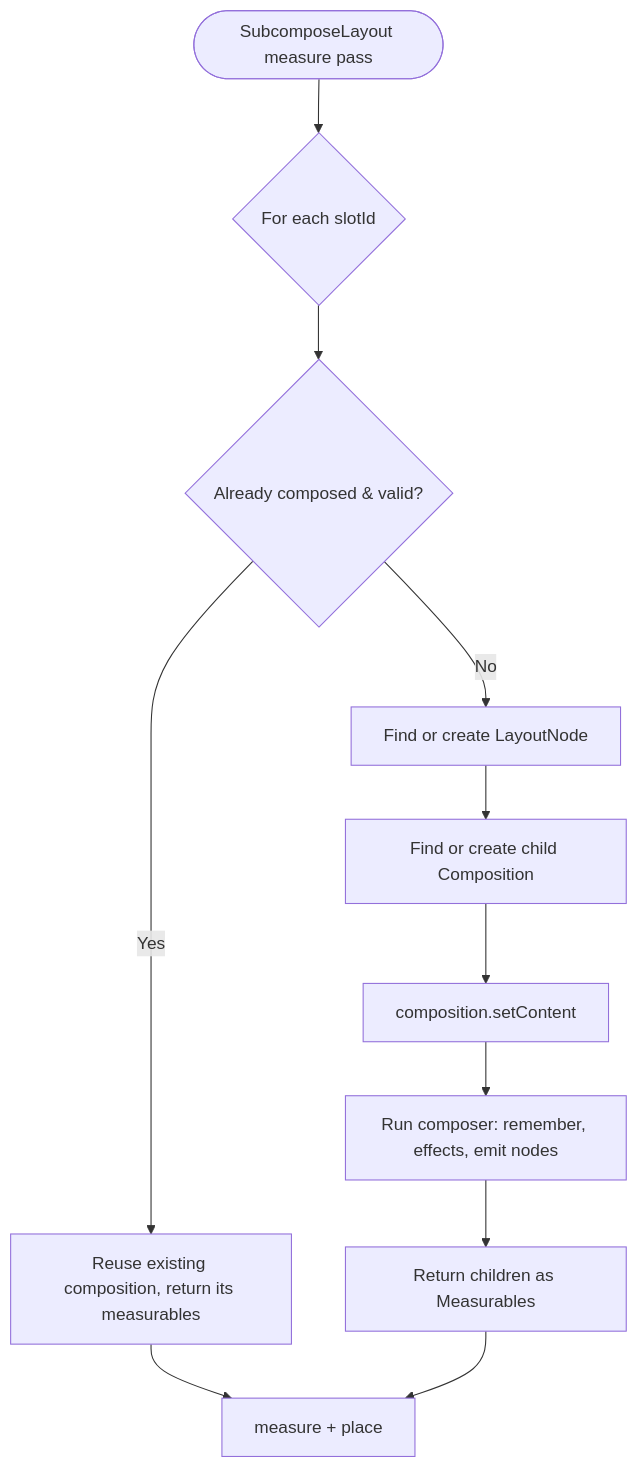
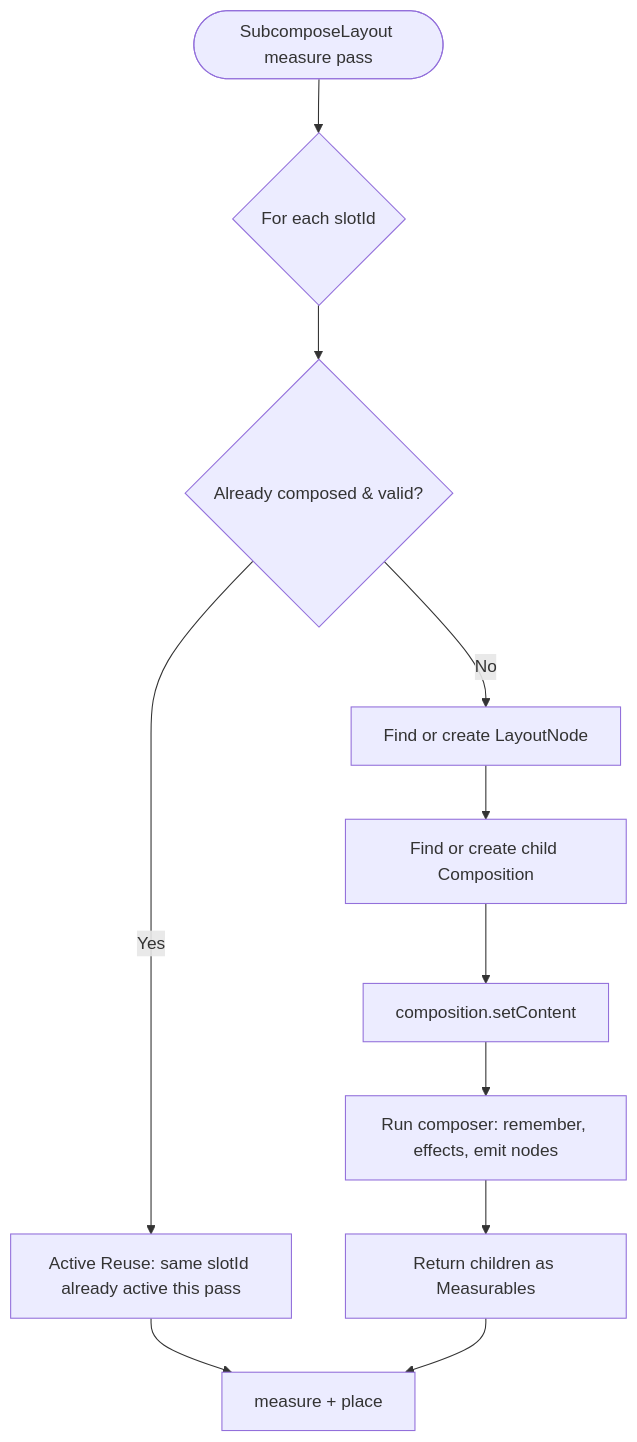
Before and after one commit to PatilShreyas/blog.shreyaspatil.dev: the second of 3 diagrams in src/data/blog/inside-subcomposelayout-jetpack-composes-most-misunderstood-api.md, drawn with Mermaid. The commit also changed other lines of this file, not shown here.

Commit message:
fix(blog): address PR review comments for SubcomposeLayout post (diagrams and title)

````diff
--- a/src/data/blog/inside-subcomposelayout-jetpack-composes-most-misunderstood-api.md
+++ b/src/data/blog/inside-subcomposelayout-jetpack-composes-most-misunderstood-api.md
@@ -186,13 +202,13 @@
 ```mermaid
 flowchart TD
     A([SubcomposeLayout measure pass]) --> B{For each slotId}
     B --> C{Already composed & valid?}
-    C -->|Yes| D[Reuse existing composition, return its measurables]
+    C -->|Yes| D[Active Reuse: same slotId already active this pass]
     C -->|No| E[Find or create LayoutNode]
     E --> F[Find or create child Composition]
     F --> G[composition.setContent]
     G --> H[Run composer: remember, effects, emit nodes]
     H --> I[Return children as Measurables]
     D --> J[measure + place]
     I --> J
 ```
````
